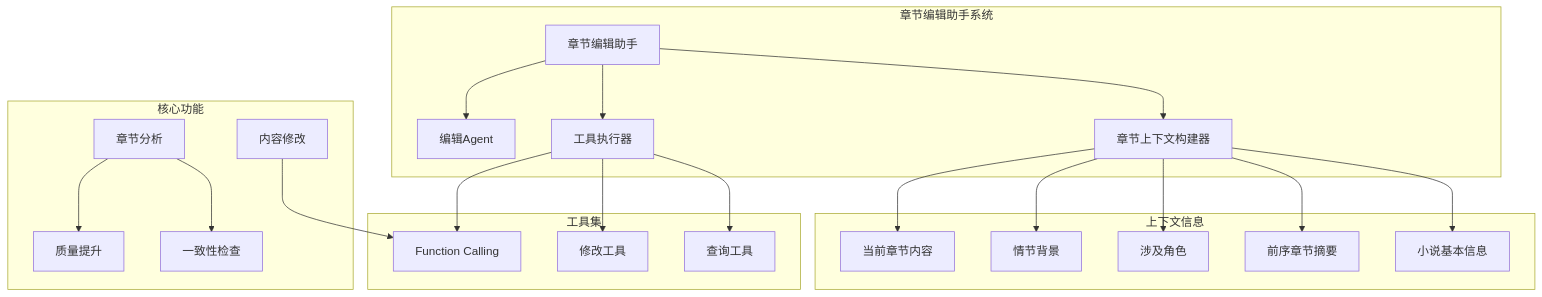
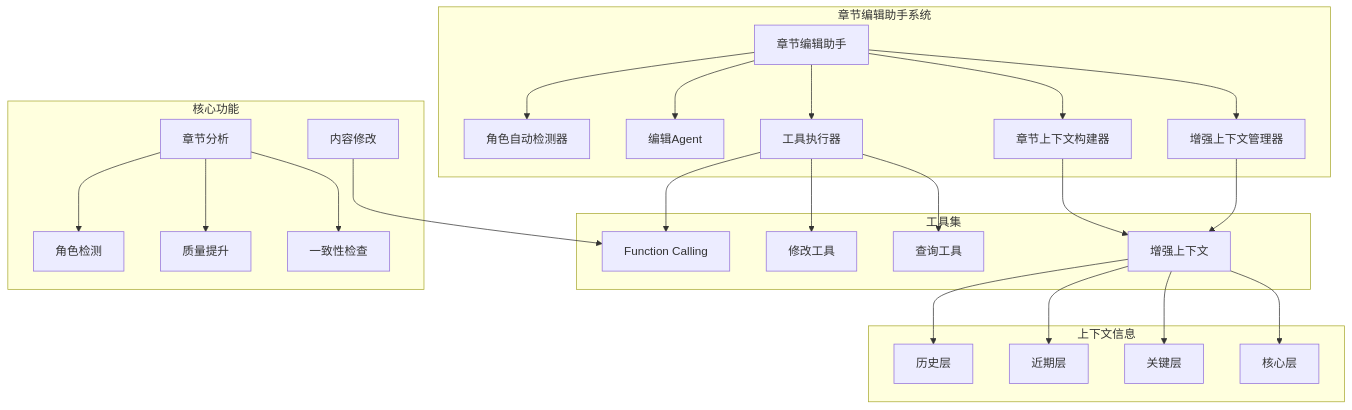
Before and after one commit to xfbyxq/ai-novel-system: diagram 32 of 49 in .qoder/repowiki/zh/content/Ai Chat Service.md, drawn with Mermaid. The commit also changed other lines of this file and 8 other files, not shown here.

````diff
--- a/.qoder/repowiki/zh/content/Ai Chat Service.md
+++ b/.qoder/repowiki/zh/content/Ai Chat Service.md
@@ -805,41 +1319,44 @@
 ```mermaid
 graph TB
 subgraph "章节编辑助手系统"
 ChapterAssistant[章节编辑助手]
-ContextBuilder[章节上下文构建器]
+EnhancedContextManager[增强上下文管理器]
+ChapterContextBuilder[章节上下文构建器]
 ToolExecutor[工具执行器]
 EditAgent[编辑Agent]
+CharacterAutoDetect[角色自动检测器]
 end
 subgraph "核心功能"
 Analysis[章节分析]
 Editing[内容修改]
 Consistency[一致性检查]
 Improvement[质量提升]
+CharacterDetection[角色检测]
 end
 subgraph "工具集"
 QueryTools[查询工具]
 ModifyTools[修改工具]
 FunctionCalling[Function Calling]
+EnhancedContext[增强上下文]
 end
 subgraph "上下文信息"
-NovelInfo[小说基本信息]
-PrevChapters[前序章节摘要]
-Characters[涉及角色]
-PlotContext[情节背景]
-ChapterContent[当前章节内容]
+EnhancedContext --> CoreLayer[核心层]
+EnhancedContext --> CriticalLayer[关键层]
+EnhancedContext --> RecentLayer[近期层]
+EnhancedContext --> HistoricalLayer[历史层]
 end
-ChapterAssistant --> ContextBuilder
+ChapterAssistant --> EnhancedContextManager
+ChapterAssistant --> ChapterContextBuilder
 ChapterAssistant --> ToolExecutor
 ChapterAssistant --> EditAgent
-ContextBuilder --> NovelInfo
-ContextBuilder --> PrevChapters
-ContextBuilder --> Characters
-ContextBuilder --> PlotContext
-ContextBuilder --> ChapterContent
+ChapterAssistant --> CharacterAutoDetect
+EnhancedContextManager --> EnhancedContext
+ChapterContextBuilder --> EnhancedContext
 ToolExecutor --> QueryTools
 ToolExecutor --> ModifyTools
 ToolExecutor --> FunctionCalling
 Analysis --> Consistency
 Analysis --> Improvement
+Analysis --> CharacterDetection
 Editing --> FunctionCalling
 ```
````
